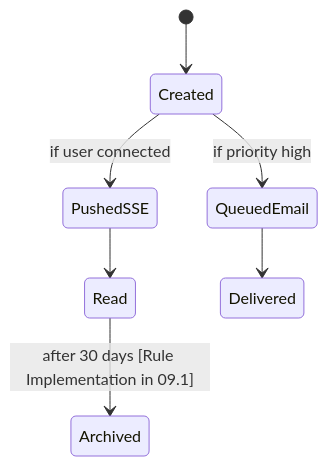
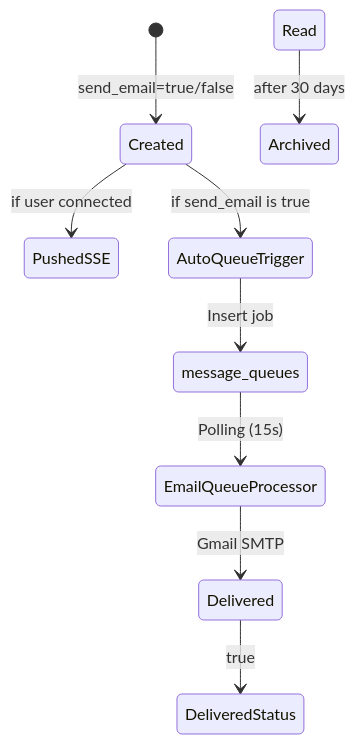
One commit to Abdallah-A-Raafat/Nuralhealer changed the second of 4 diagrams in backend/backend/docs/implementation/notifications.md. Above: the diagram before and after it, drawn with Mermaid. The commit also changed other lines of this file and 10 other files, not shown here.

First line of the commit message:
Integrate Gmail SMTP lifecycle email delivery -> message queue table holder

````diff
--- a/backend/backend/docs/implementation/notifications.md
+++ b/backend/backend/docs/implementation/notifications.md
@@ -171,9 +172,11 @@
 ```mermaid
 stateDiagram-v2
-    [*] --> Created
+    [*] --> Created: send_email=true/false
     Created --> PushedSSE: if user connected
-    Created --> QueuedEmail: if priority high
-    PushedSSE --> Read
-    QueuedEmail --> Delivered
-    Read --> Archived: after 30 days [Rule Implementation in 09.1]
+    Created --> AutoQueueTrigger: if send_email is true
+    AutoQueueTrigger --> message_queues: Insert job
+    message_queues --> EmailQueueProcessor: Polling (15s)
+    EmailQueueProcessor --> Delivered: Gmail SMTP
+    Delivered --> DeliveredStatus: true
+    Read --> Archived: after 30 days
 ```
````
